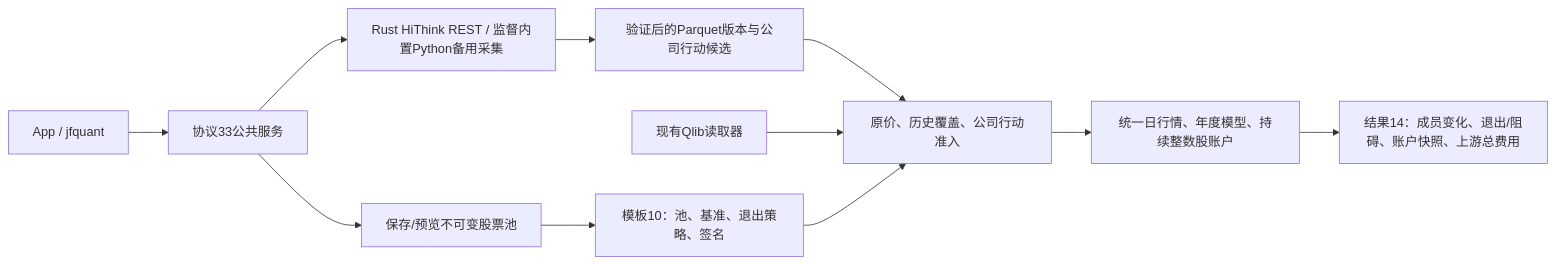
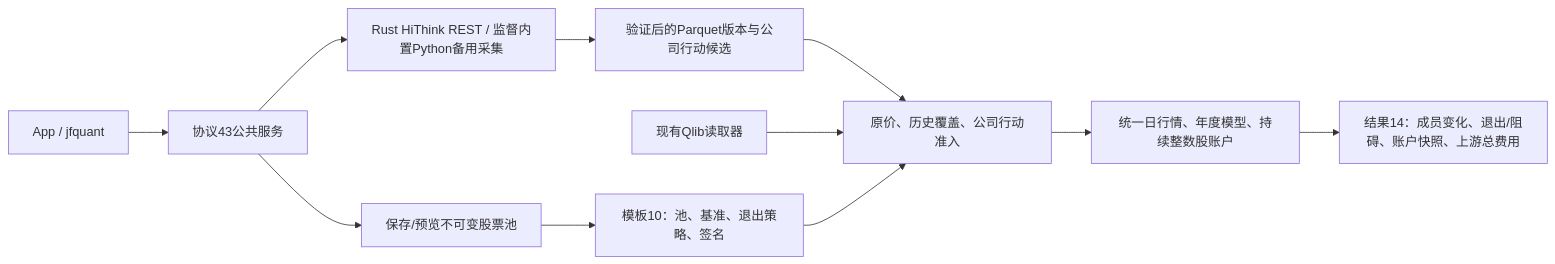
The second of 6 diagrams in crates/app/src/README.md (Dennishaha/JFQuant), drawn with Mermaid before and after one commit. The commit also changed other lines of this file and 100 other files, not shown here.

````diff
--- a/crates/app/src/README.md
+++ b/crates/app/src/README.md
@@ -75,13 +75,13 @@
 ```mermaid
 flowchart LR
-  CLIENT["App / jfquant"] --> SERVICE["协议33公共服务"]
+  CLIENT["App / jfquant"] --> SERVICE["协议43公共服务"]
   SERVICE --> POOL["保存/预览不可变股票池"]
   SERVICE --> COLLECT["Rust HiThink REST / 监督内置Python备用采集"]
   COLLECT --> SNAPSHOT["验证后的Parquet版本与公司行动候选"]
   POOL --> FREEZE["模板10：池、基准、退出策略、签名"]
   SNAPSHOT --> READY["原价、历史覆盖、公司行动准入"]
   QLIB["现有Qlib读取器"] --> READY
   FREEZE --> READY
   READY --> RESEARCH["统一日行情、年度模型、持续整数股账户"]
   RESEARCH --> RESULT["结果14：成员变化、退出/阻碍、账户快照、上游总费用"]
 ```
````
